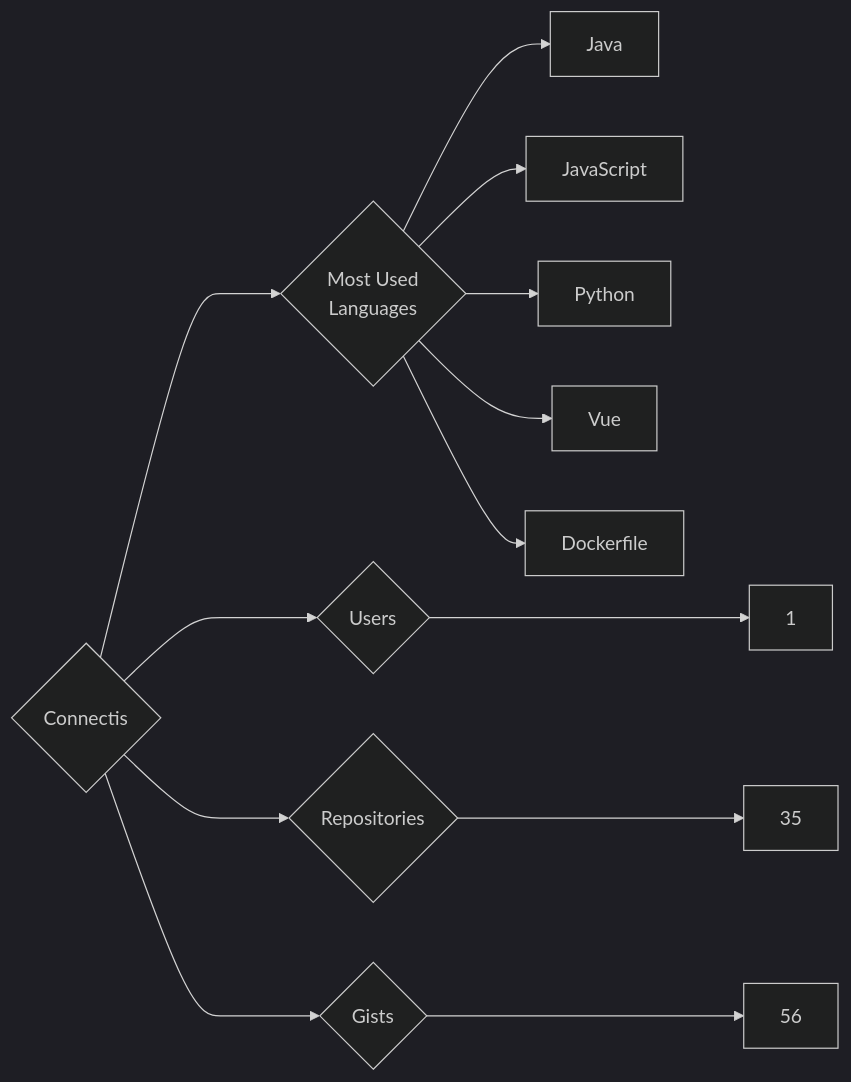
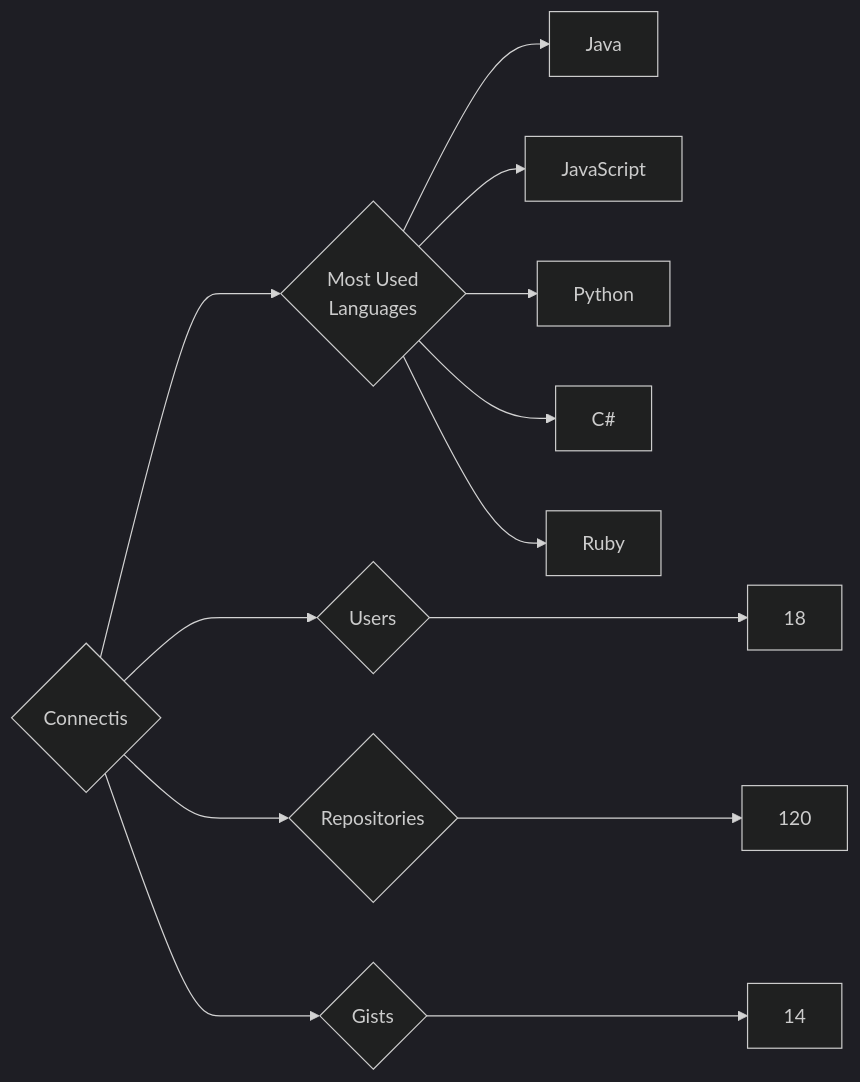
The diagram in targets/Connectis/README.md (trickest/insiders), drawn with Mermaid (dark theme) before and after one commit. The commit also changed 882 other files, not shown here.

````diff
--- a/targets/Connectis/README.md
+++ b/targets/Connectis/README.md
@@ -3,13 +3,13 @@
 ```mermaid
 graph LR
 COMPANY_NAME{Connectis}
-COMPANY_NAME ---> U{Users} ---> UN[1]
-COMPANY_NAME ---> R{Repositories} ---> RN[35]
-COMPANY_NAME ---> G{Gists} ---> GN[56]
+COMPANY_NAME ---> U{Users} ---> UN[18]
+COMPANY_NAME ---> R{Repositories} ---> RN[120]
+COMPANY_NAME ---> G{Gists} ---> GN[14]
 COMPANY_NAME ---> ML{Most Used<br>Languages}
 ML --> Java[Java]
 ML --> JavaScript[JavaScript]
 ML --> Python[Python]
-ML --> Vue[Vue]
-ML --> Dockerfile[Dockerfile]
+ML --> C#[C#]
+ML --> Ruby[Ruby]
 ```
````
